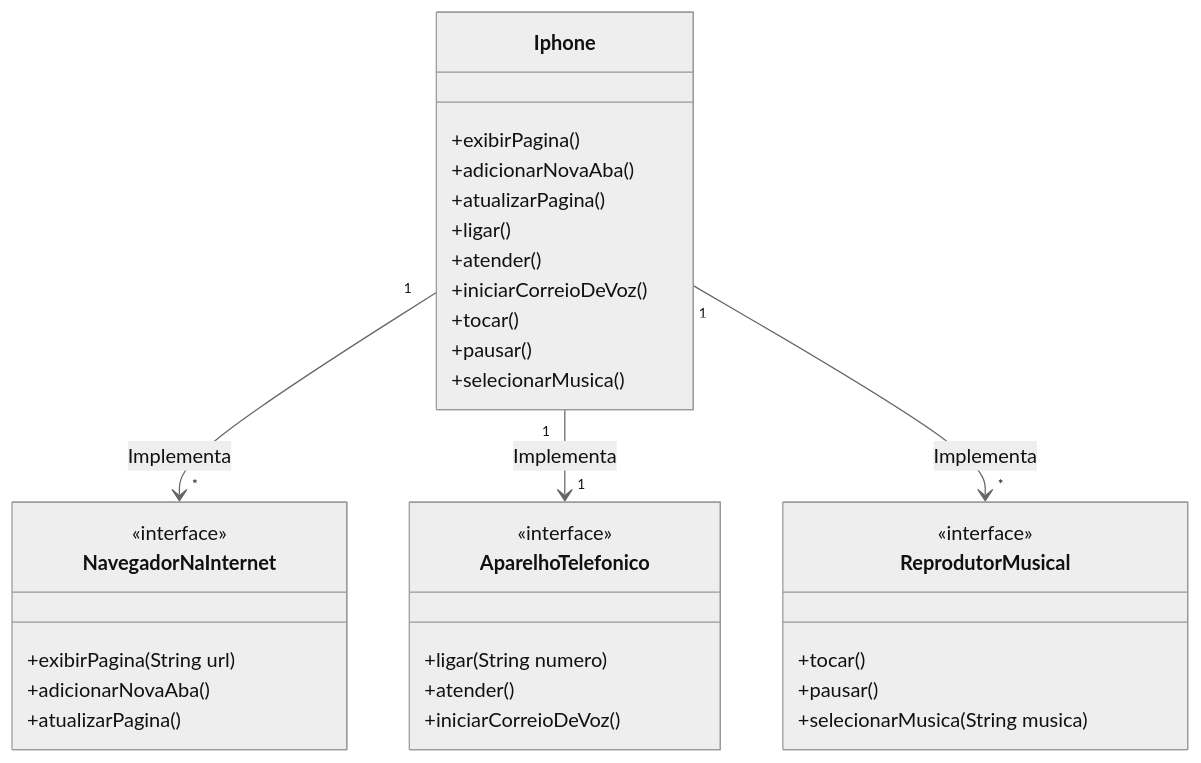
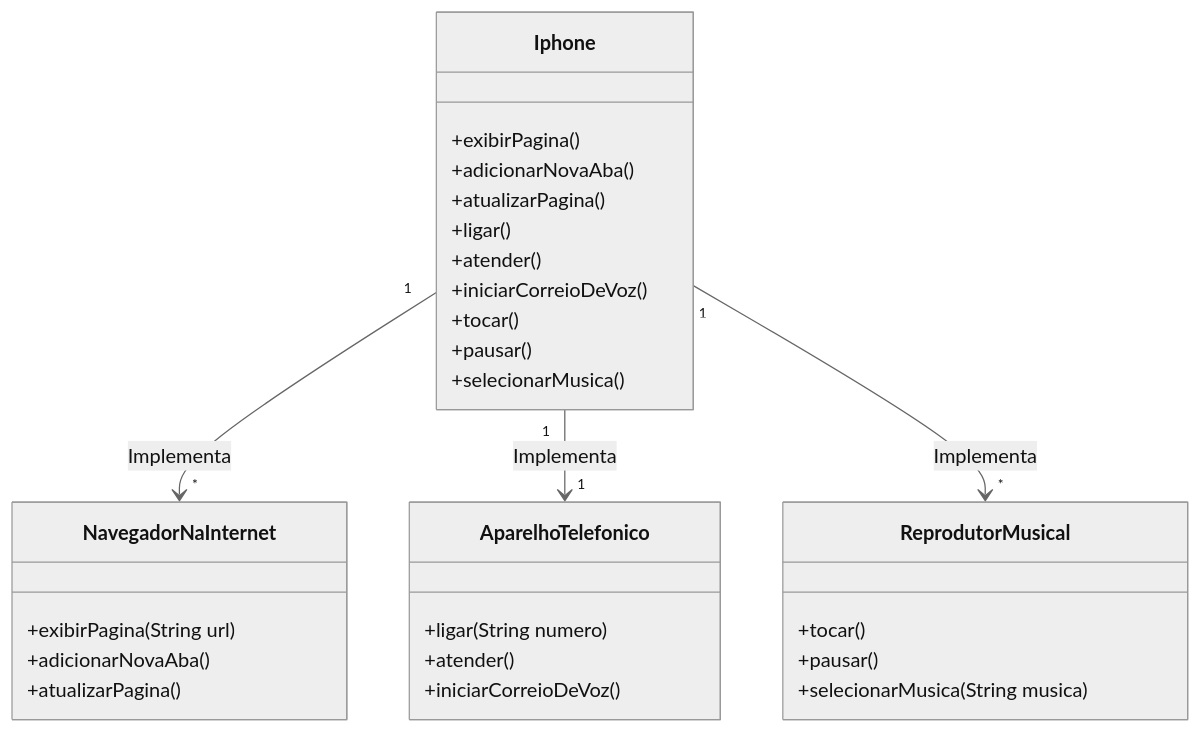
Before and after one commit to uedersilva/trilha-java-basico: the second of 2 diagrams in desafios/poo/README.md, drawn with Mermaid (neutral theme).

Commit message:
Update README.md
alterações no diagrama

````diff
--- a/desafios/poo/README.md
+++ b/desafios/poo/README.md
@@ -67,35 +67,36 @@
 ```mermaid
 classDiagram
-    Iphone "1" --> "*" NavegadorNaInternet : Implementa
-    Iphone "1" --> "1" AparelhoTelefonico : Implementa
-    Iphone "1" --> "*" ReprodutorMusical : Implementa
+
+    class  ReprodutorMusical{
+        +tocar()
+        +pausar()
+        +selecionarMusica(String musica)
+    }
+
+    class AparelhoTelefonico{
+        +ligar(String numero)
+        +atender()
+        +iniciarCorreioDeVoz()
+    }
+    class NavegadorNaInternet{
+        +exibirPagina(String url)
+        +adicionarNovaAba()
+        +atualizarPagina()
+    }
+
     class Iphone{
         +exibirPagina()
         +adicionarNovaAba()
         +atualizarPagina()
         +ligar()
         +atender()
         +iniciarCorreioDeVoz()
         +tocar()
         +pausar()
         +selecionarMusica()
     }
 
-    class  ReprodutorMusical
-        <<interface>> ReprodutorMusical
-        ReprodutorMusical : +tocar()
-        ReprodutorMusical : +pausar()
-        ReprodutorMusical : +selecionarMusica(String musica)
-
-    class AparelhoTelefonico
-        <<interface>> AparelhoTelefonico
-        AparelhoTelefonico: +ligar(String numero)
-        AparelhoTelefonico : +atender()
-        AparelhoTelefonico : +iniciarCorreioDeVoz()
-
-    class NavegadorNaInternet
-        <<interface>> NavegadorNaInternet
-        NavegadorNaInternet : +exibirPagina(String url)
-        NavegadorNaInternet : +adicionarNovaAba()
-        NavegadorNaInternet : +atualizarPagina()
+    Iphone "1" --> "*" NavegadorNaInternet : Implementa
+    Iphone "1" --> "1" AparelhoTelefonico : Implementa
+    Iphone "1" --> "*" ReprodutorMusical : Implementa
 ```
````
